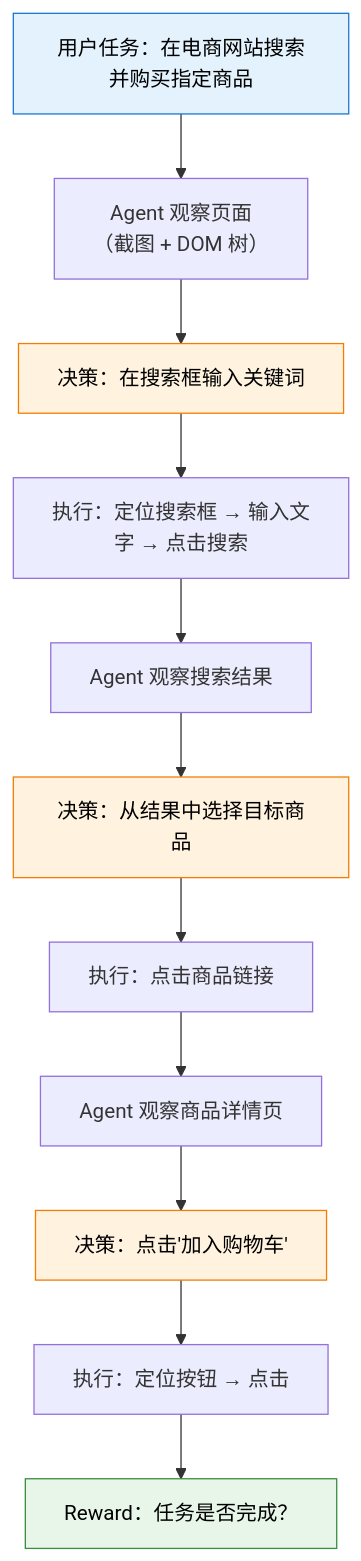
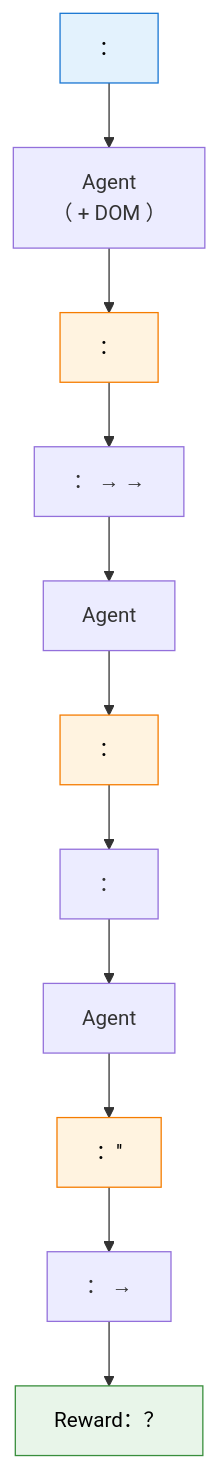
Before and after one commit to letslego/hands-on-modern-rl: the first of 3 diagrams in docs/chapter10_agentic_rl/tool-use-agents.md, drawn with Mermaid. The commit also changed other lines of this file and 267 other files, not shown here.

````diff
--- a/docs/chapter10_agentic_rl/tool-use-agents.md
+++ b/docs/chapter10_agentic_rl/tool-use-agents.md
@@ -125,19 +125,19 @@
 ```mermaid
 flowchart TD
-    U["用户任务：在电商网站搜索并购买指定商品"] --> A1["Agent 观察页面\n（截图 + DOM 树）"]
-    A1 --> D1["决策：在搜索框输入关键词"]
-    D1 --> E1["执行：定位搜索框 → 输入文字 → 点击搜索"]
-    E1 --> A2["Agent 观察搜索结果"]
-    A2 --> D2["决策：从结果中选择目标商品"]
-    D2 --> E2["执行：点击商品链接"]
-    E2 --> A3["Agent 观察商品详情页"]
-    A3 --> D3["决策：点击'加入购物车'"]
-    D3 --> E3["执行：定位按钮 → 点击"]
-    E3 --> R["Reward：任务是否完成？"]
+    U["："] --> A1["Agent \n（ + DOM ）"]
+    A1 --> D1["："]
+    D1 --> E1["： →  → "]
+    E1 --> A2["Agent "]
+    A2 --> D2["："]
+    D2 --> E2["："]
+    E2 --> A3["Agent "]
+    A3 --> D3["：''"]
+    D3 --> E3["： → "]
+    E3 --> R["Reward：？"]
 
     style U fill:#e3f2fd,stroke:#1976d2,color:#000
     style D1 fill:#fff3e0,stroke:#f57c00,color:#000
     style D2 fill:#fff3e0,stroke:#f57c00,color:#000
     style D3 fill:#fff3e0,stroke:#f57c00,color:#000
     style R fill:#e8f5e9,stroke:#388e3c,color:#000
 ```
````
